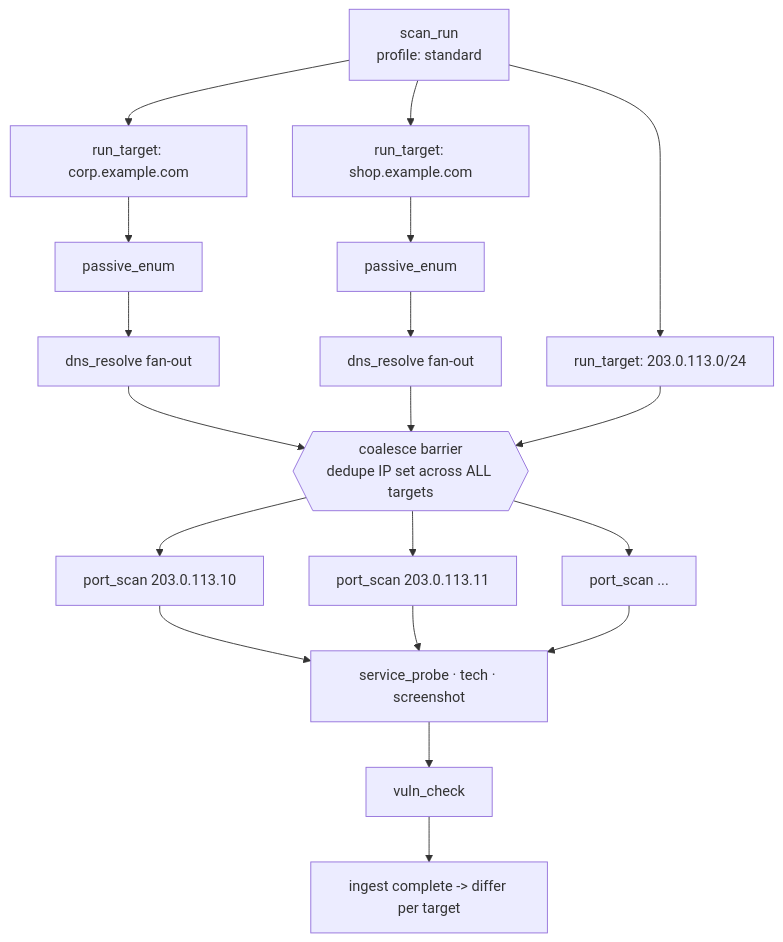
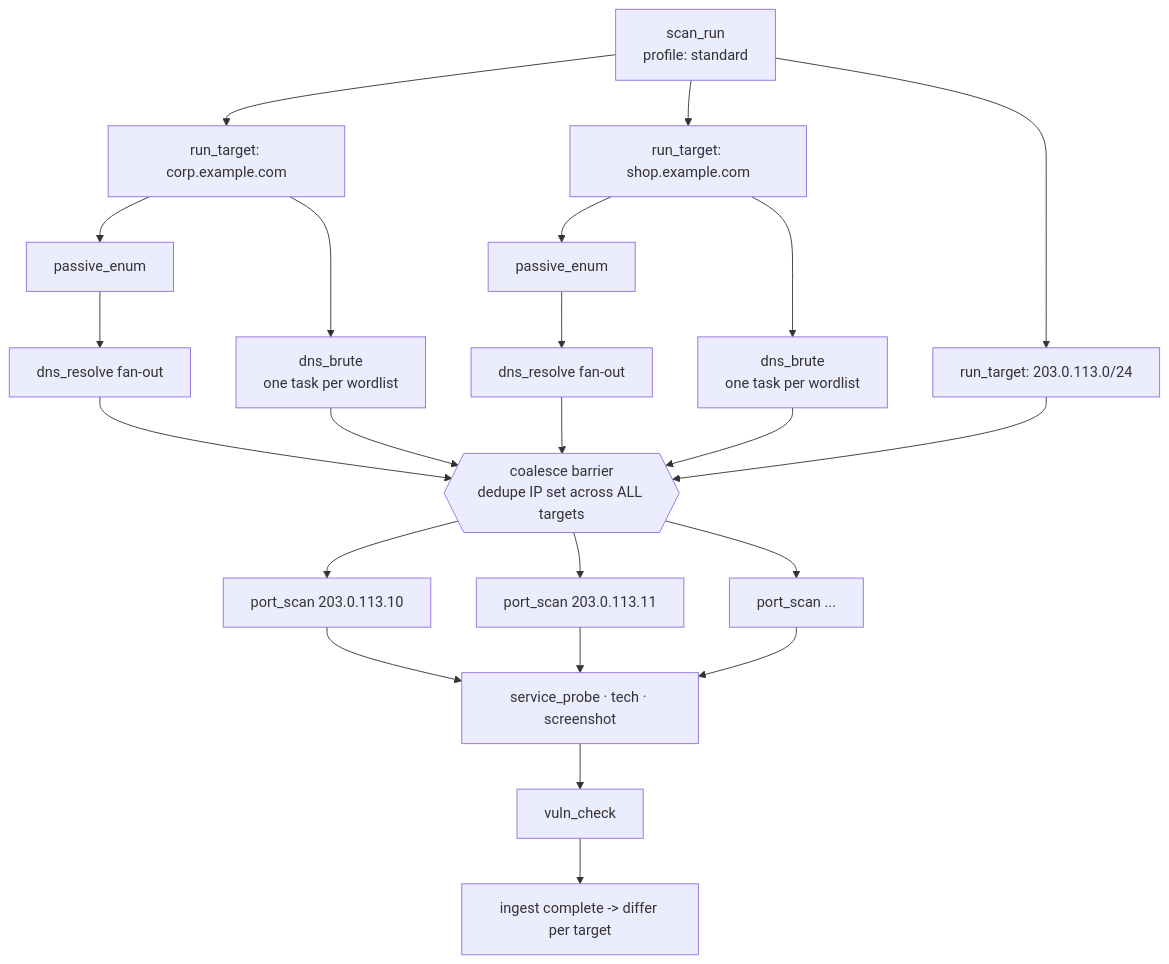
One commit to cobbbex/PinkGlasses changed the second of 5 diagrams in architecture.md. Above: the diagram before and after it, drawn with Mermaid. The commit also changed other lines of this file and 2 other files, not shown here.

````diff
--- a/architecture.md
+++ b/architecture.md
@@ -213,25 +213,29 @@
 ```mermaid
 flowchart TB
     R["scan_run<br/>profile: standard"] --> T1[run_target: corp.example.com]
     R --> T2[run_target: shop.example.com]
     R --> T3[run_target: 203.0.113.0/24]
 
     T1 --> P1[passive_enum]
     T2 --> P2[passive_enum]
+    T1 --> B1["dns_brute<br/>one task per wordlist"]
+    T2 --> B2["dns_brute<br/>one task per wordlist"]
     P1 --> D1[dns_resolve fan-out]
     P2 --> D2[dns_resolve fan-out]
 
     D1 --> C{{"coalesce barrier<br/>dedupe IP set across ALL targets"}}
     D2 --> C
+    B1 --> C
+    B2 --> C
     T3 --> C
 
     C --> S1[port_scan 203.0.113.10]
     C --> S2[port_scan 203.0.113.11]
     C --> S3[port_scan ...]
 
     S1 --> PR[service_probe · tech · screenshot]
     S2 --> PR
     S3 --> PR
     PR --> V[vuln_check]
     V --> I[ingest complete -> differ per target]
 ```
````
